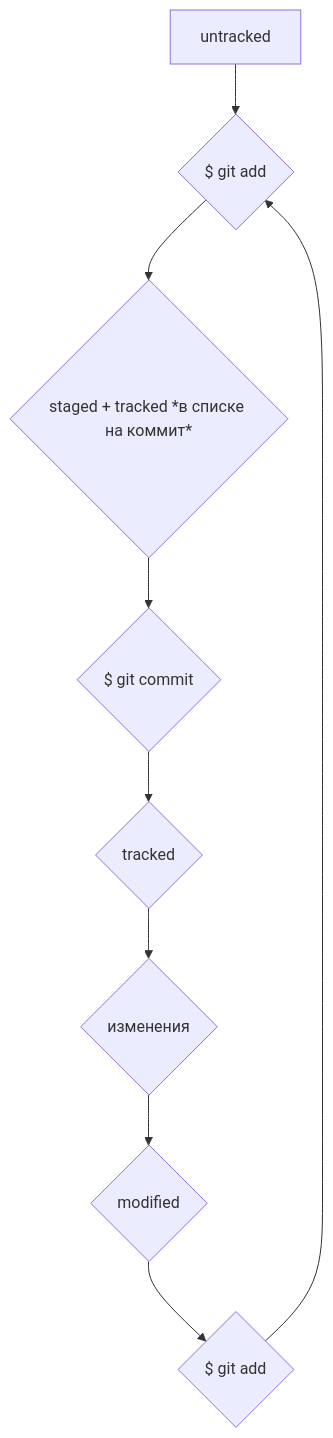
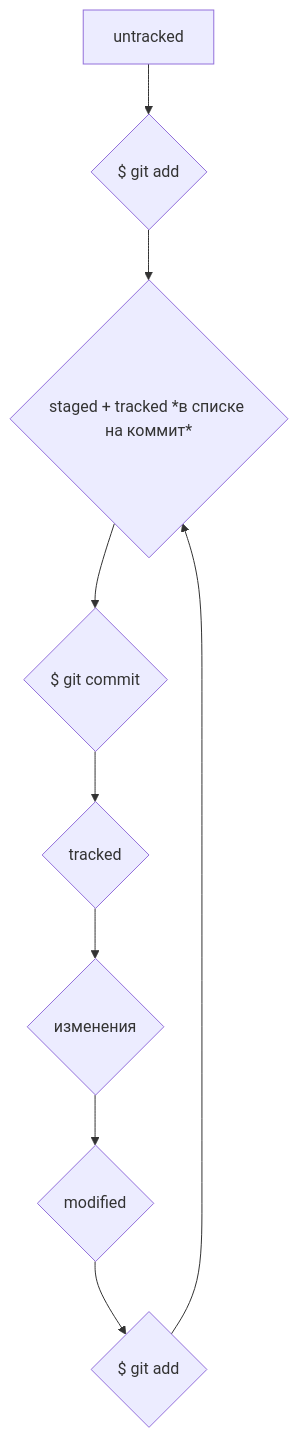
The diagram in README.md (KkonepHuk/git-guide), drawn with Mermaid before and after one commit.

Commit message:
Исправление ошибке в блоке о типичном жизненном цикле 2

````diff
--- a/README.md
+++ b/README.md
@@ -82,11 +82,11 @@
 ```mermaid
 flowchart TD
 	A[untracked] --> B{$ git add};
 	B --> C{staged + tracked *в списке на коммит*};
 	C --> D{$ git commit};
 	D --> E{tracked};
 	E --> F{изменения};
 	F --> G{modified};
 	G --> H{$ git add};
-	H --> B
+	H --> C
 ```
````
